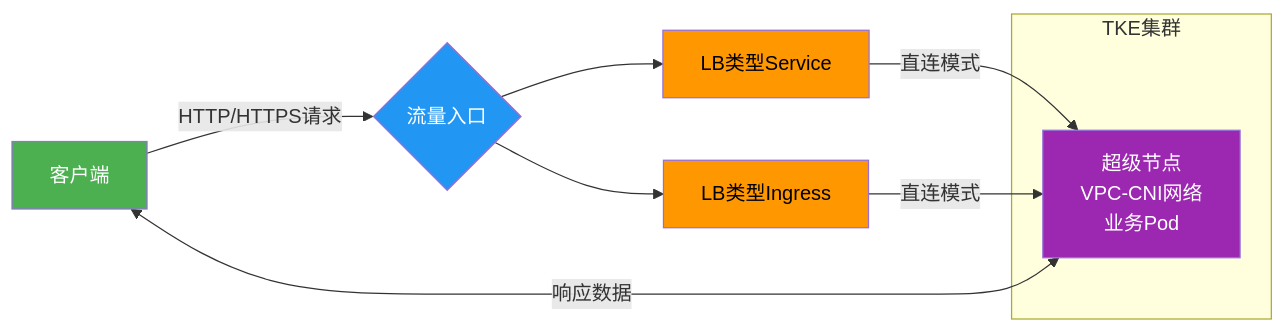
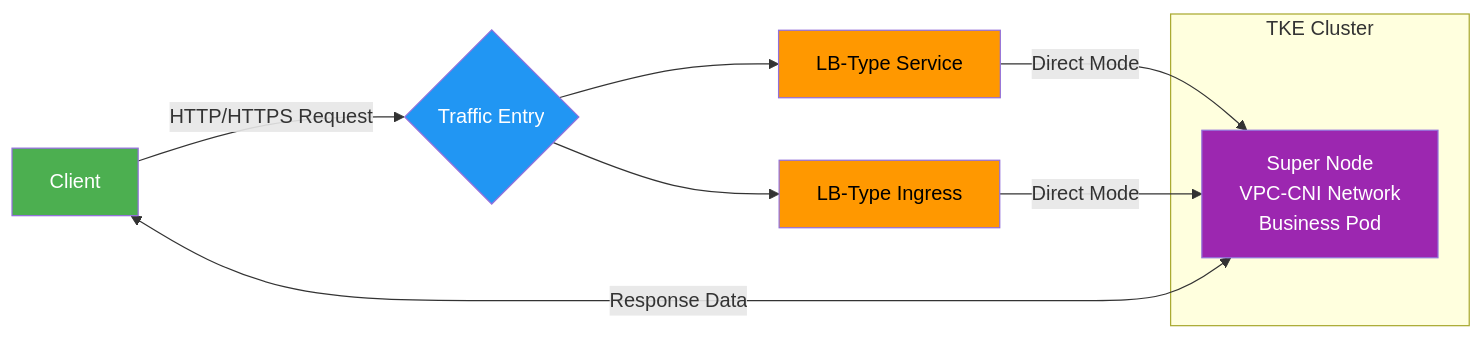
The diagram in client-ip/client-ip-main/super-clb-direct-pod/README.md (kestrelli/client-ip), drawn with Mermaid before and after one commit. The commit also changed other lines of this file, not shown here.

````diff
--- a/client-ip/client-ip-main/super-clb-direct-pod/README.md
+++ b/client-ip/client-ip-main/super-clb-direct-pod/README.md
@@ -16,22 +19,17 @@
 ```mermaid
-graph LR
-    
-    A[客户端] -->|HTTP/HTTPS请求| B{流量入口}
-    B --> C[LB类型Service]
-    B --> D[LB类型Ingress]
-    
-    C -->|直连模式| E[业务Pod]
-    D -->|直连模式| E
-    
-    subgraph TKE集群
-        E[超级节点<br>VPC-CNI网络<br>业务Pod]
+graph LR    
+    A[Client] -->|HTTP/HTTPS Request| B{Traffic Entry}
+    B --> C[LB-Type Service]
+    B --> D[LB-Type Ingress]
+    C -->|Direct Mode| E[Business Pod]
+    D -->|Direct Mode| E
+    subgraph TKE Cluster
+        E[Super Node<br>VPC-CNI Network<br>Business Pod]
     end
-    
-     A <--> |响应数据| E
-    
+    A <--> |Response Data| E
     style A fill:#4CAF50,color:white
     style B fill:#2196F3,color:white
     style C fill:#FF9800,color:black
     style D fill:#FF9800,color:black
     style E fill:#9C27B0,color:white
 ```
````
